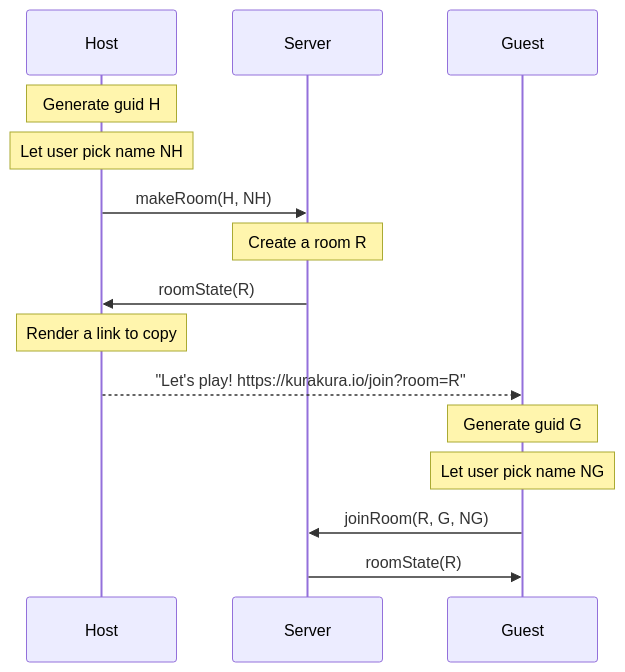
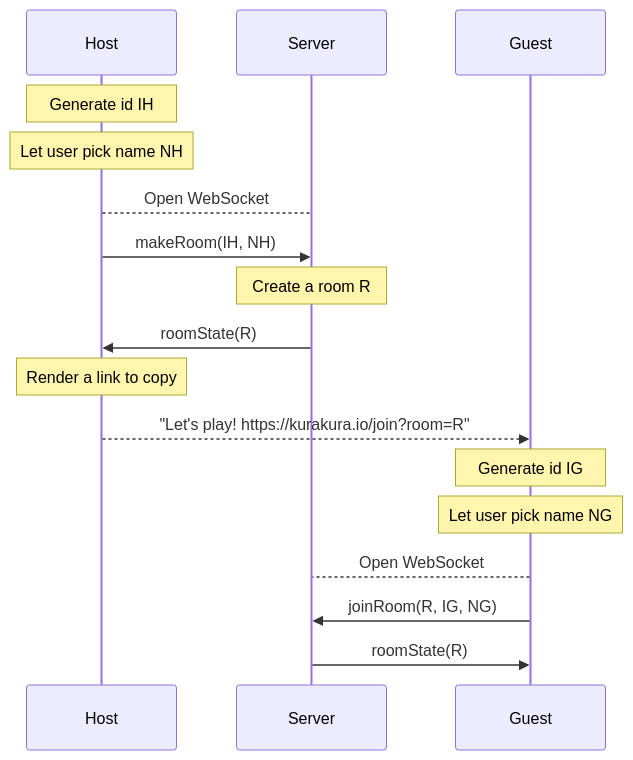
One commit to acotis/KuraKura changed the first of 2 diagrams in spec.md. Above: the diagram before and after it, drawn with Mermaid. The commit also changed other lines of this file, not shown here.

````diff
--- a/spec.md
+++ b/spec.md
@@ -2,14 +21,16 @@
 ```mermaid
 sequenceDiagram
-Note over Host: Generate guid H
+Note over Host: Generate id IH
 Note over Host: Let user pick name NH
-Host ->> Server: makeRoom(H, NH)
+Host --> Server: Open WebSocket
+Host ->> Server: makeRoom(IH, NH)
 Note over Server: Create a room R
 Server ->> Host: roomState(R)
 Note over Host: Render a link to copy
 Host -->> Guest: "Let's play! https://kurakura.io/join?room=R"
-Note over Guest: Generate guid G
+Note over Guest: Generate id IG
 Note over Guest: Let user pick name NG
-Guest ->> Server: joinRoom(R, G, NG)
+Guest --> Server: Open WebSocket
+Guest ->> Server: joinRoom(R, IG, NG)
 Server ->> Guest: roomState(R)
 ```
````
